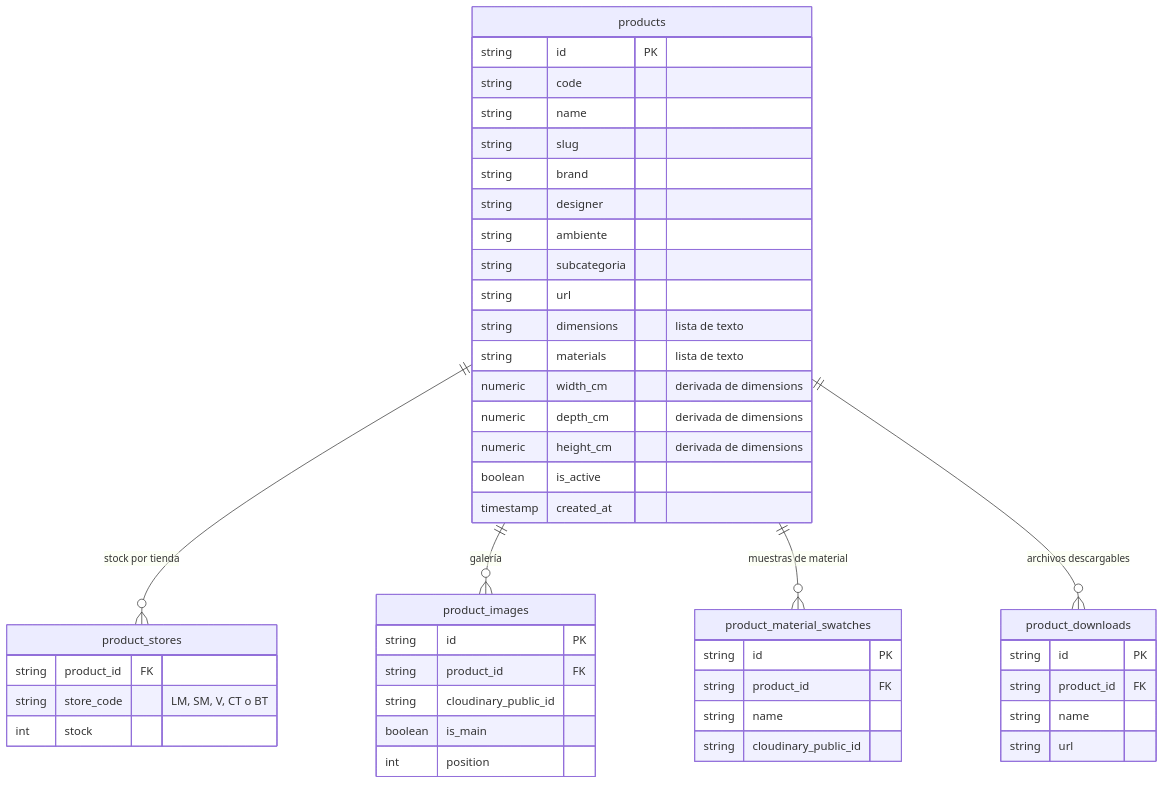
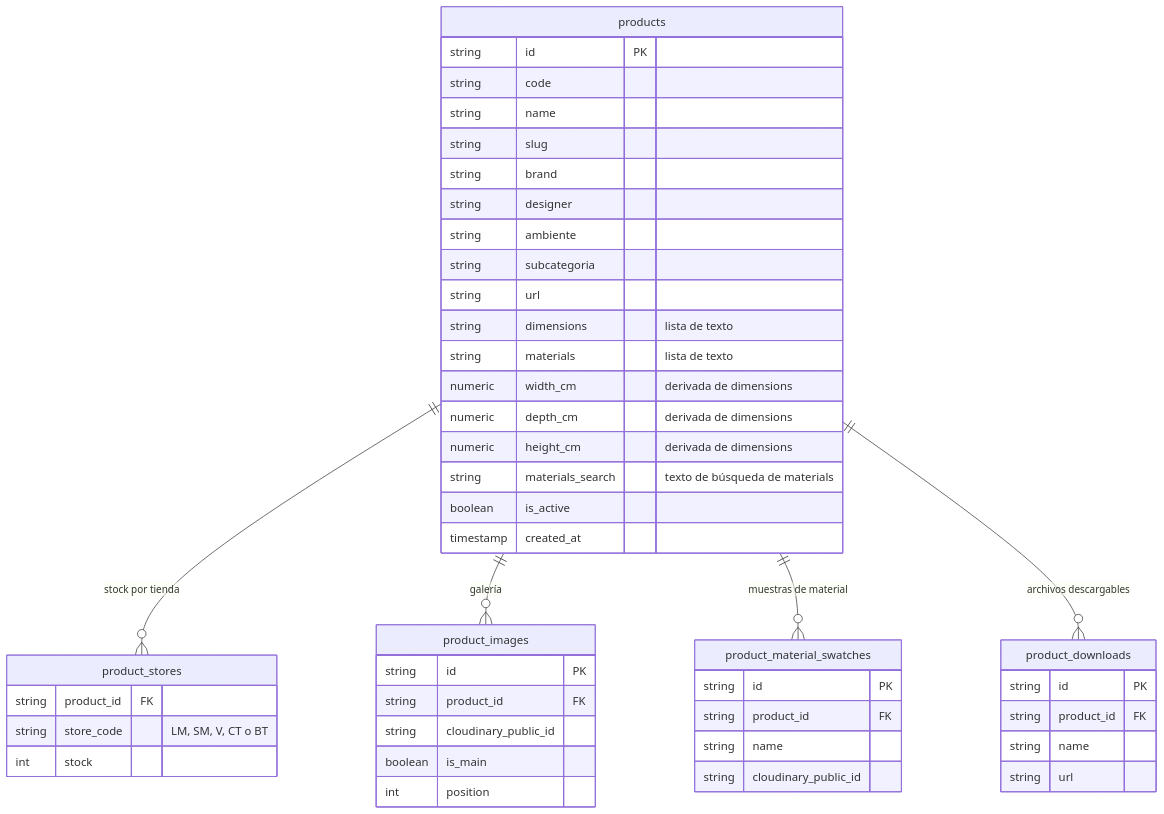
Before and after one commit to santifuenma/ModernHome-WebCatalog: the third of 3 diagrams in README.md, drawn with Mermaid. The commit also changed other lines of this file and 2 other files, not shown here.

Commit message:
feat(db): add materials_search column kept in sync by a trigger

````diff
--- a/README.md
+++ b/README.md
@@ -151,50 +151,51 @@
 ```mermaid
 erDiagram
     products ||--o{ product_stores : "stock por tienda"
     products ||--o{ product_images : "galería"
     products ||--o{ product_material_swatches : "muestras de material"
     products ||--o{ product_downloads : "archivos descargables"
 
     products {
         string id PK
         string code
         string name
         string slug
         string brand
         string designer
         string ambiente
         string subcategoria
         string url
         string dimensions "lista de texto"
         string materials "lista de texto"
         numeric width_cm "derivada de dimensions"
         numeric depth_cm "derivada de dimensions"
         numeric height_cm "derivada de dimensions"
+        string materials_search "texto de búsqueda de materials"
         boolean is_active
         timestamp created_at
     }
     product_stores {
         string product_id FK
         string store_code "LM, SM, V, CT o BT"
         int stock
     }
     product_images {
         string id PK
         string product_id FK
         string cloudinary_public_id
         boolean is_main
         int position
     }
     product_material_swatches {
         string id PK
         string product_id FK
         string name
         string cloudinary_public_id
     }
     product_downloads {
         string id PK
         string product_id FK
         string name
         string url
     }
 ```
````
